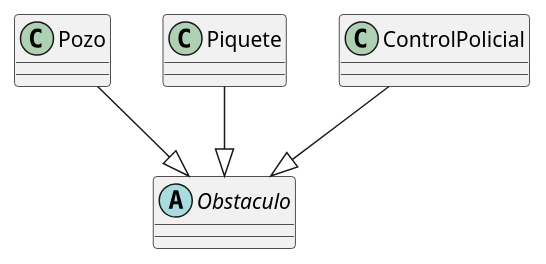
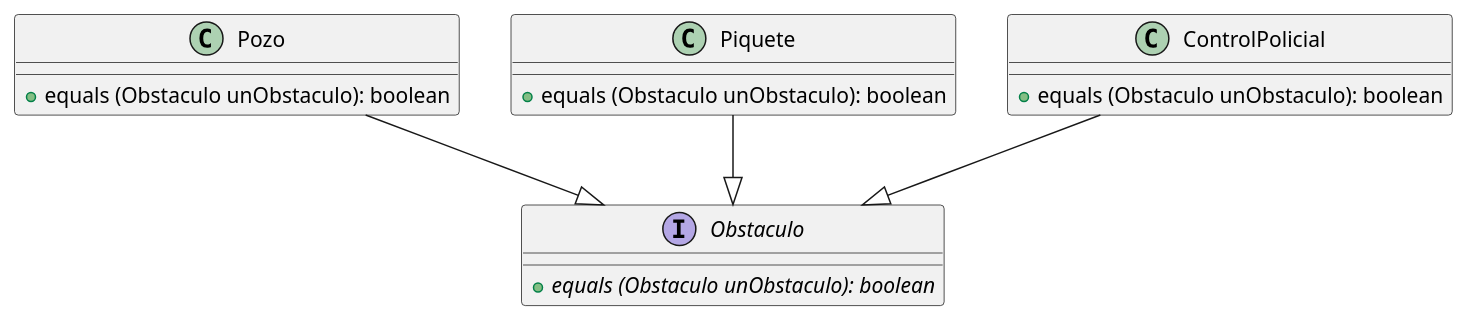
Before and after one commit to FacundoBaez1994/Algo3Tp2: the diagram in diagrams/classes/DiagramaDeClasesHerenciaObstaculo.puml, drawn with PlantUML. The commit also changed 5 other files, not shown here.

Commit message:
Diagrama de Clases actualizados

```diff
--- a/diagrams/classes/DiagramaDeClasesHerenciaObstaculo.puml
+++ b/diagrams/classes/DiagramaDeClasesHerenciaObstaculo.puml
@@ -1,11 +1,23 @@
 @startuml
-abstract class Obstaculo
+interface Obstaculo
+{
+    + {abstract} equals (Obstaculo unObstaculo): boolean
+ }
 class Pozo
+{
+    + equals (Obstaculo unObstaculo): boolean
+ }
 class Piquete
+{
+    + equals (Obstaculo unObstaculo): boolean
+ }
 class ControlPolicial
+{
+    + equals (Obstaculo unObstaculo): boolean
+ }
 Pozo --|> Obstaculo
 Piquete --|> Obstaculo
 ControlPolicial --|> Obstaculo
 
 
 @enduml
```
